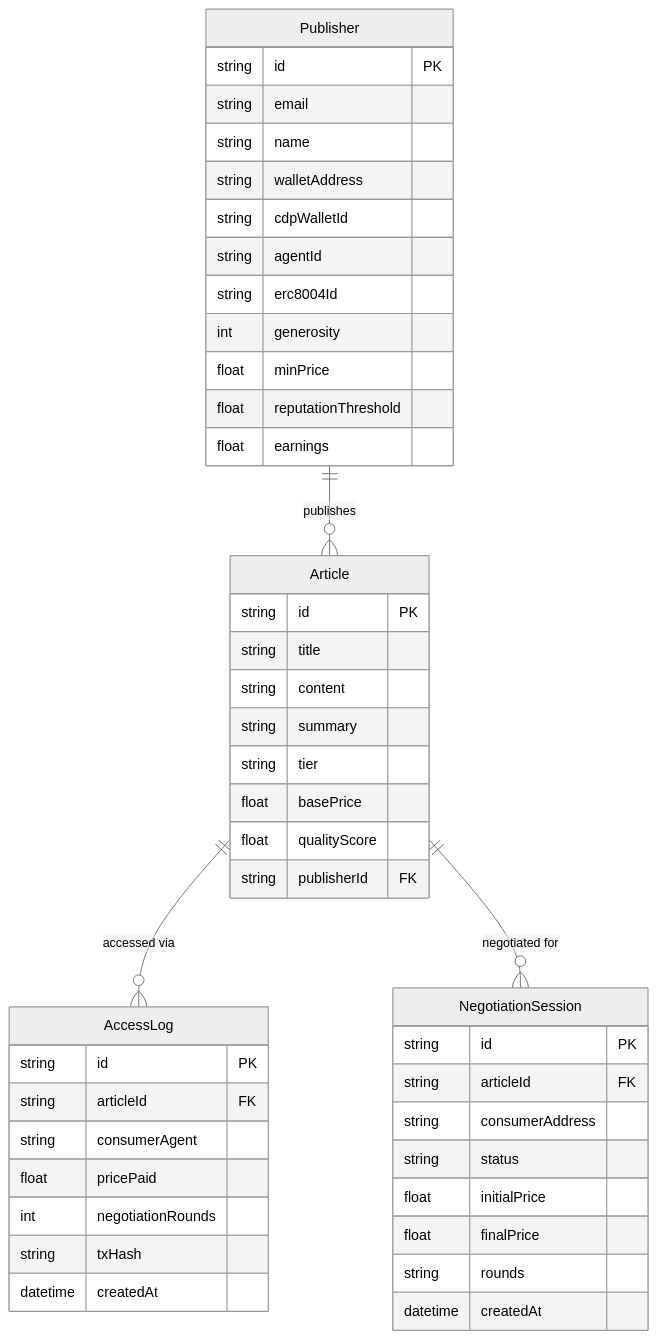
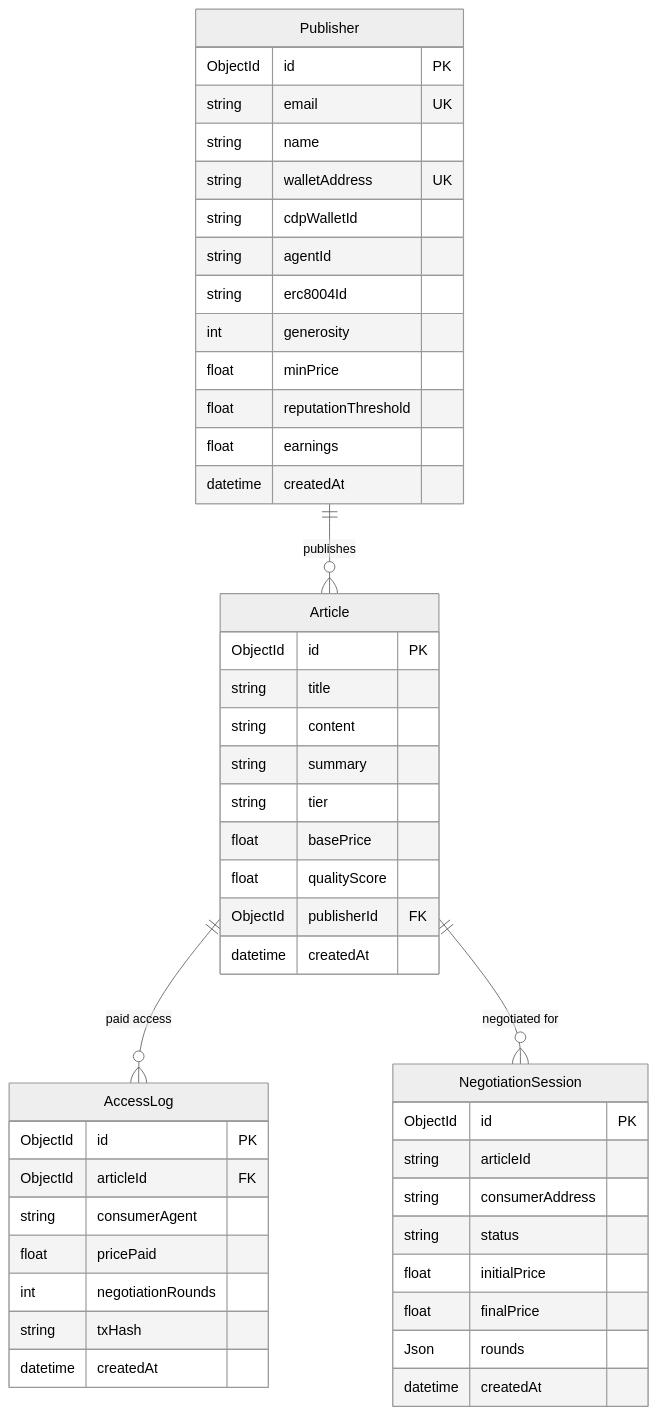
The sixth of 7 diagrams in workflow.md (sumithprabhu/Synthesis), drawn with Mermaid (neutral theme) before and after one commit. The commit also changed other lines of this file, not shown here.

Commit message:
Update workflow documentation to reflect new full system architecture and detailed publisher and consumer journeys. Transitioned from SQLite to MongoDB for database management and enhanced negotiation process descriptions.

````diff
--- a/workflow.md
+++ b/workflow.md
@@ -189,52 +268,54 @@
 ```mermaid
 erDiagram
     Publisher {
-        string id PK
-        string email
+        ObjectId id PK
+        string email UK
         string name
-        string walletAddress
+        string walletAddress UK
         string cdpWalletId
         string agentId
         string erc8004Id
         int generosity
         float minPrice
         float reputationThreshold
         float earnings
+        datetime createdAt
     }
 
     Article {
-        string id PK
+        ObjectId id PK
         string title
         string content
         string summary
         string tier
         float basePrice
         float qualityScore
-        string publisherId FK
+        ObjectId publisherId FK
+        datetime createdAt
     }
 
     NegotiationSession {
-        string id PK
-        string articleId FK
+        ObjectId id PK
+        string articleId
         string consumerAddress
         string status
         float initialPrice
         float finalPrice
-        string rounds
+        Json rounds
         datetime createdAt
     }
 
     AccessLog {
-        string id PK
-        string articleId FK
+        ObjectId id PK
+        ObjectId articleId FK
         string consumerAgent
         float pricePaid
         int negotiationRounds
         string txHash
         datetime createdAt
     }
 
     Publisher ||--o{ Article : publishes
-    Article ||--o{ AccessLog : "accessed via"
+    Article ||--o{ AccessLog : "paid access"
     Article ||--o{ NegotiationSession : "negotiated for"
 ```
````
